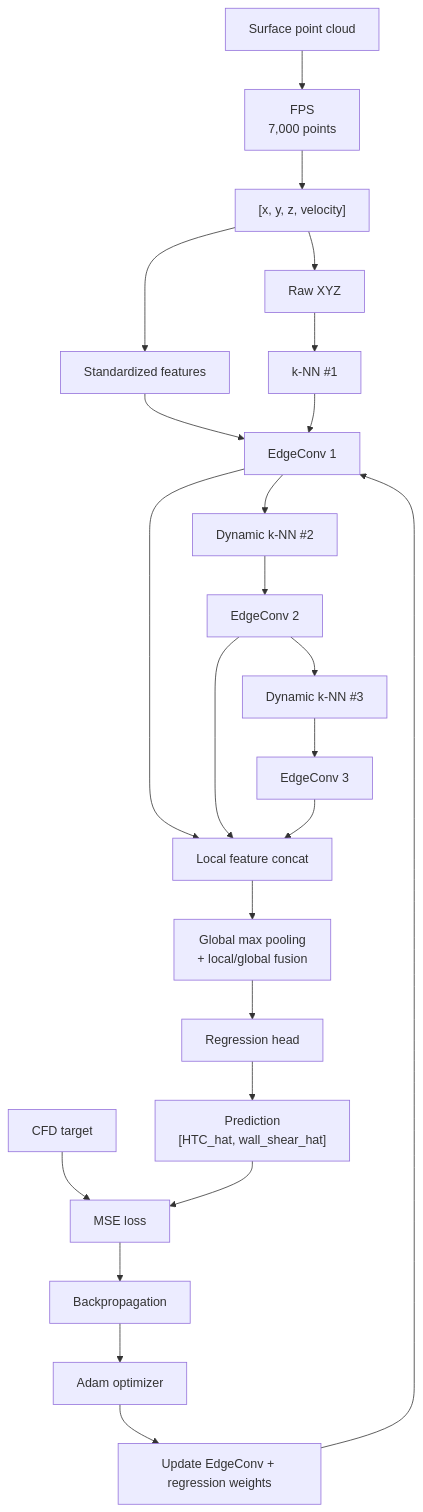
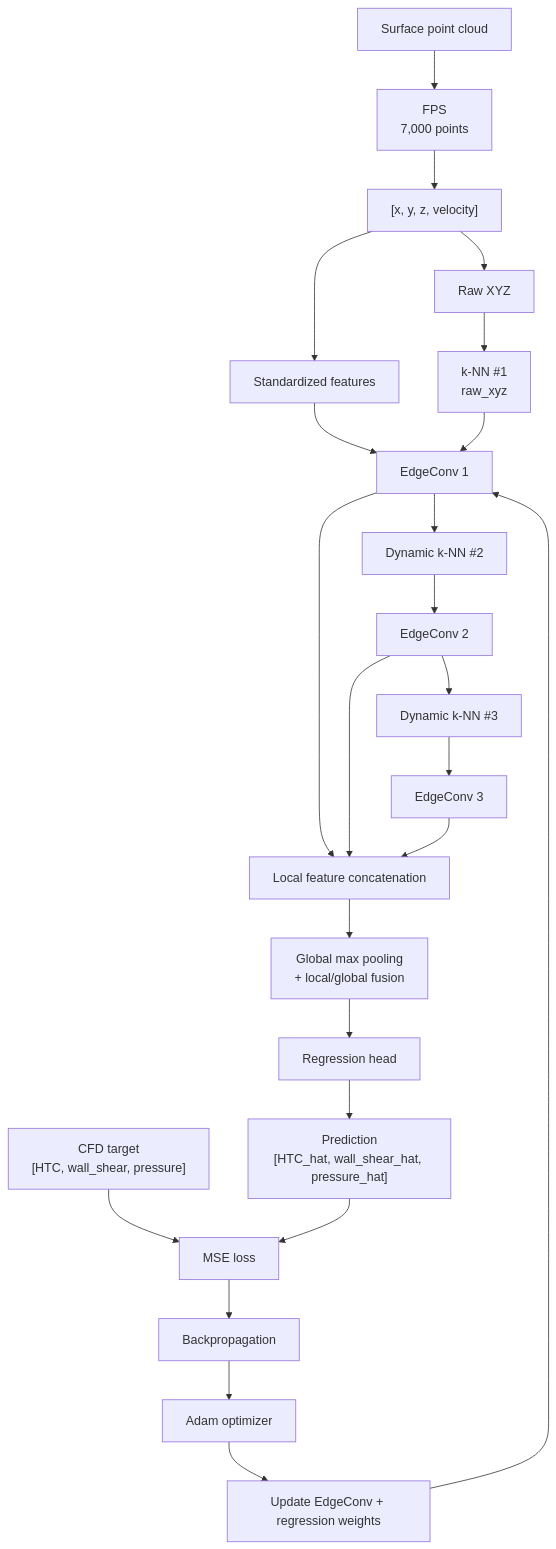
The second of 2 diagrams in 05_model_training/README.md (hehong01/ai-cfd-flow-prediction), drawn with Mermaid before and after one commit. The commit also changed other lines of this file and 25 other files, not shown here.

Commit message:
Finalize three-target AI-CFD pipeline

````diff
--- a/05_model_training/README.md
+++ b/05_model_training/README.md
@@ -352,32 +380,34 @@
 ```mermaid
 flowchart TD
     A["Surface point cloud"] --> B["FPS<br/>7,000 points"]
     B --> C["[x, y, z, velocity]"]
 
     C --> D["Raw XYZ"]
     C --> E["Standardized features"]
 
-    D --> F["k-NN #1"]
+    D --> F["k-NN #1<br/>raw_xyz"]
     E --> G["EdgeConv 1"]
     F --> G
 
     G --> H["Dynamic k-NN #2"]
     H --> I["EdgeConv 2"]
+
     I --> J["Dynamic k-NN #3"]
     J --> K["EdgeConv 3"]
 
-    G --> L["Local feature concat"]
+    G --> L["Local feature concatenation"]
     I --> L
     K --> L
 
     L --> M["Global max pooling<br/>+ local/global fusion"]
     M --> N["Regression head"]
-    N --> O["Prediction<br/>[HTC_hat, wall_shear_hat]"]
+    N --> O["Prediction<br/>[HTC_hat, wall_shear_hat, pressure_hat]"]
 
-    P["CFD target"] --> Q["MSE loss"]
+    P["CFD target<br/>[HTC, wall_shear, pressure]"] --> Q["MSE loss"]
     O --> Q
+
     Q --> R["Backpropagation"]
     R --> S["Adam optimizer"]
     S --> T["Update EdgeConv + regression weights"]
     T --> G
 ```
````
